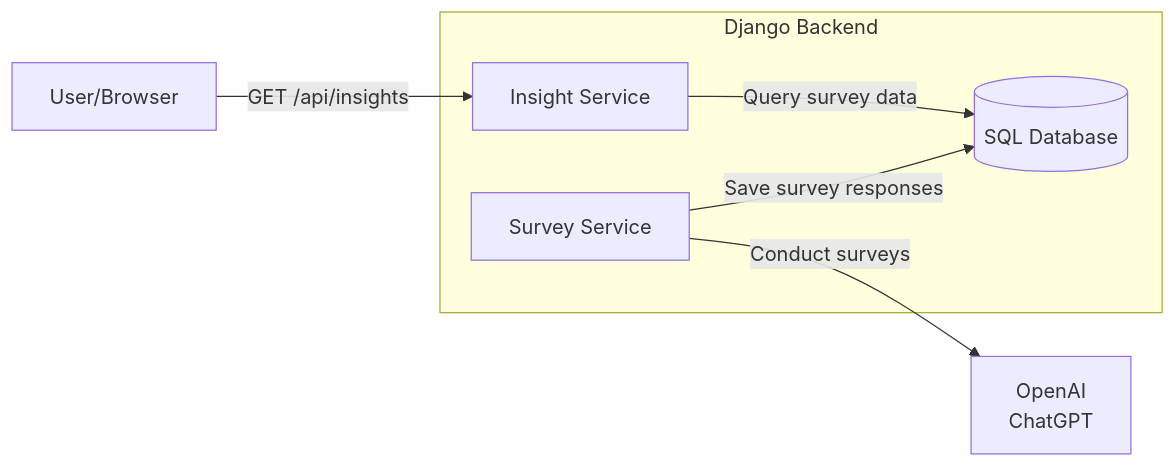
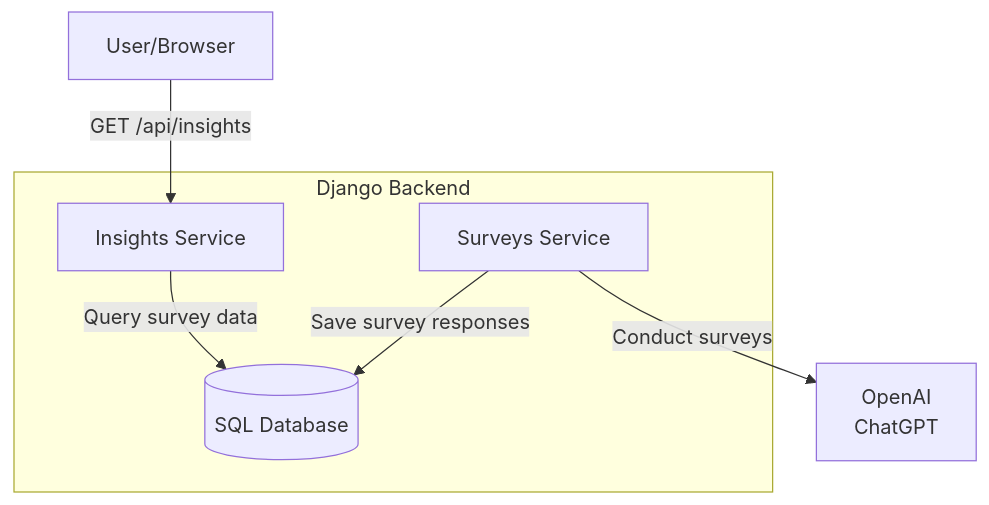
One commit to sharbeldahlan/survey-gorilla changed the diagram in README.md. Above: the diagram before and after it, drawn with Mermaid.

Commit message:
Improve architecture diagram in README
- Used top-down direction instead of left-right, because:

  * It lays out the services side-by-side, signifying that they
    work together. The previous view made the diagram seem more
    like a sequence diagram with the Insights acting before the
    Surveys. In reality, the Surveys Service actions must happen
    before there are any Insights to be extracted.

  * Previously the OpenAI component was put at the bottom, which
    might have made it seem marginal. Since OpenAI is also involved
    in the insight extraction logic (GPT-based diet classification),
    it should not be put at the bottom.

- The services are renamed to their plural versions to align with
  the django application names. The name "Service" is kept to
  emphasize business logic, which in the django project lies in
  the services.py files. The business logic is also what's relevant
  to highlight in this basic architecture diagram.

````diff
--- a/README.md
+++ b/README.md
@@ -25,12 +25,12 @@
 ```mermaid
-graph LR
-    A[User/Browser] -->|GET /api/insights| B[Insight Service]
+graph TD
+    A[User/Browser] -->|GET /api/insights| B[Insights Service]
     B -->|Query survey data| C[(SQL Database)]
-    E[Survey Service] -->|Conduct surveys| D[OpenAI<br>ChatGPT]
+    E[Surveys Service] -->|Conduct surveys| D[OpenAI<br>ChatGPT]
     E -->|Save survey responses| C
     subgraph G[Django Backend]
         B
         C
         E
     end
 ```
````
